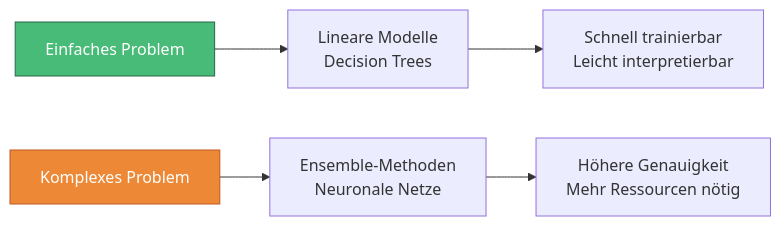
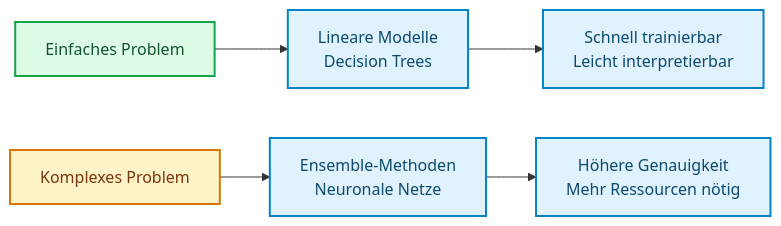
The third of 4 diagrams in docs/concepts/modeling/modellauswahl.md (ralf-42/ML_Intro), drawn with Mermaid before and after one commit. The commit also changed other lines of this file and 67 other files, not shown here.

````diff
--- a/docs/concepts/modeling/modellauswahl.md
+++ b/docs/concepts/modeling/modellauswahl.md
@@ -132,14 +136,17 @@
 ```mermaid
 flowchart LR
     A[Einfaches Problem]
     B[Komplexes Problem]
     
     A --> C[Lineare Modelle<br/>Decision Trees]
     B --> D[Ensemble-Methoden<br/>Neuronale Netze]
     
     C --> E[Schnell trainierbar<br/>Leicht interpretierbar]
     D --> F[Höhere Genauigkeit<br/>Mehr Ressourcen nötig]
-    
-    style A fill:#48bb78,stroke:#276749,color:#fff
-    style B fill:#ed8936,stroke:#c05621,color:#fff
+
+    classDef default fill:#e0f2fe,stroke:#0284c7,stroke-width:2px,color:#0c4a6e;
+    classDef metric fill:#fef3c7,stroke:#d97706,stroke-width:2px,color:#78350f;
+    classDef output fill:#dcfce7,stroke:#16a34a,stroke-width:2px,color:#14532d;
+    class B metric;
+    class A output;
 ```
````
